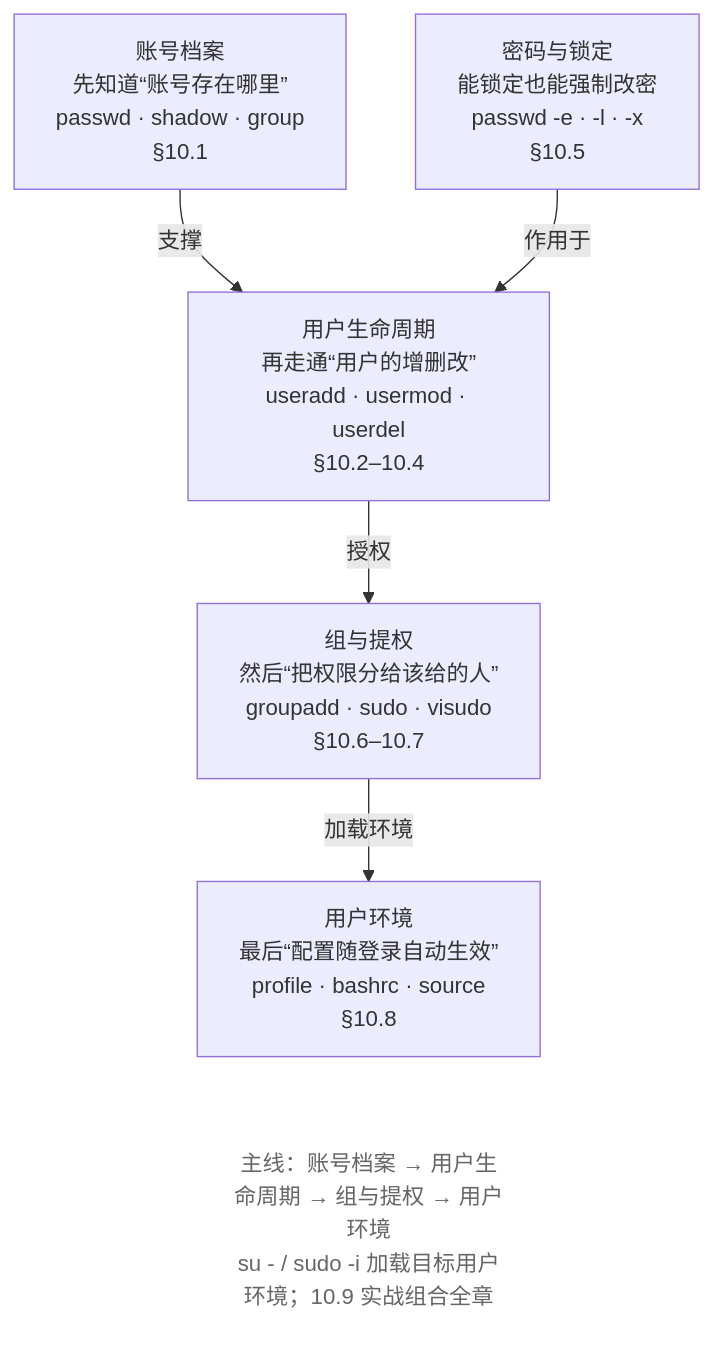
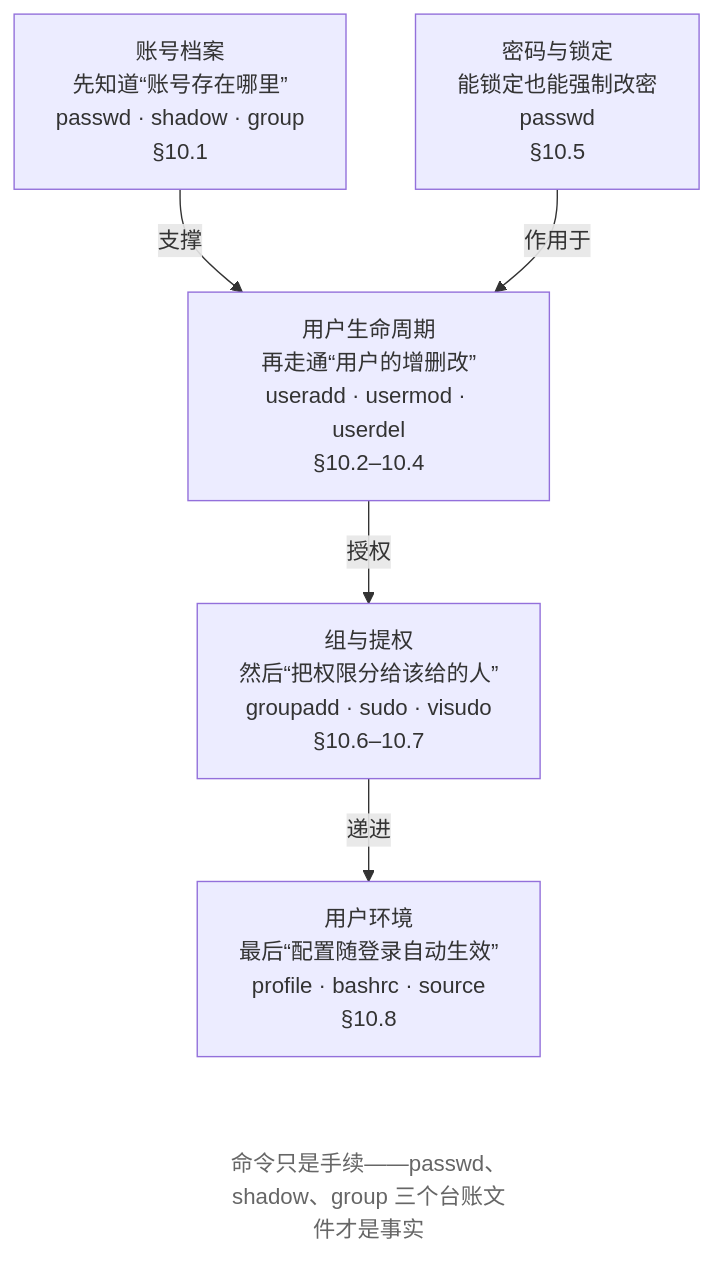
Before and after one commit to wangxiangnan/wangxiangnan.github.io: the first of 2 diagrams in src/linux-command/ch10.md, drawn with Mermaid. The commit also changed other lines of this file and 25 other files, not shown here.

````diff
--- a/src/linux-command/ch10.md
+++ b/src/linux-command/ch10.md
@@ -14,18 +14,18 @@
 ```mermaid
 flowchart TB
     A["账号档案<br>先知道“账号存在哪里”<br>passwd · shadow · group<br>§10.1"]
     B["用户生命周期<br>再走通“用户的增删改”<br>useradd · usermod · userdel<br>§10.2–10.4"]
-    C["密码与锁定<br>能锁定也能强制改密<br>passwd -e · -l · -x<br>§10.5"]
+    C["密码与锁定<br>能锁定也能强制改密<br>passwd<br>§10.5"]
     D["组与提权<br>然后“把权限分给该给的人”<br>groupadd · sudo · visudo<br>§10.6–10.7"]
     E["用户环境<br>最后“配置随登录自动生效”<br>profile · bashrc · source<br>§10.8"]
-    NOTE["主线：账号档案 → 用户生命周期 → 组与提权 → 用户环境<br>su - / sudo -i 加载目标用户环境；10.9 实战组合全章"]
+    NOTE["命令只是手续——passwd、shadow、group 三个台账文件才是事实"]
 
     A -->|支撑| B
     B -->|授权| D
-    D -->|加载环境| E
+    D -->|递进| E
     C -->|作用于| B
     E ~~~ NOTE
 
     classDef note fill:none,stroke:none,color:#666
     class NOTE note
 ```
````
